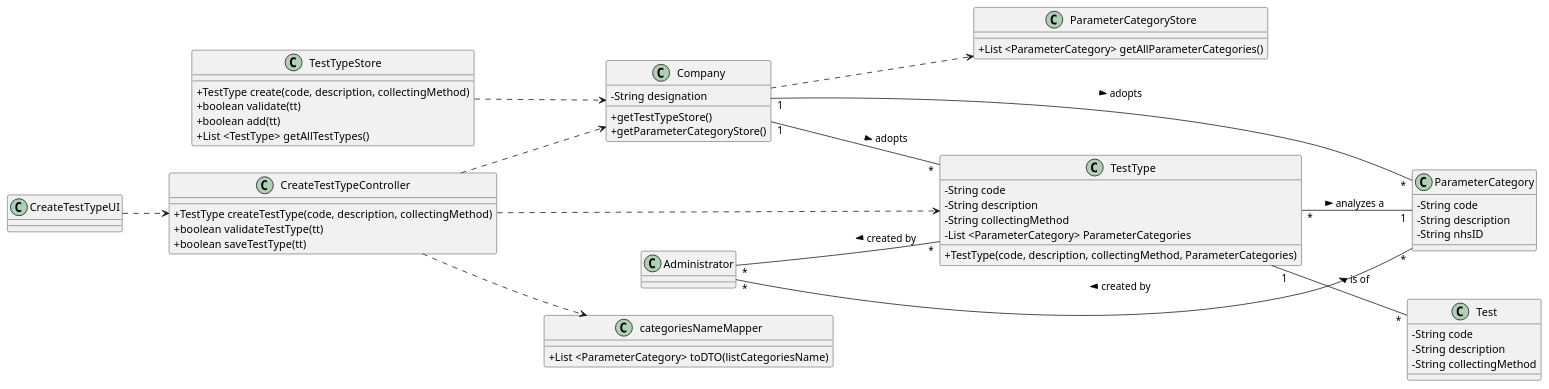
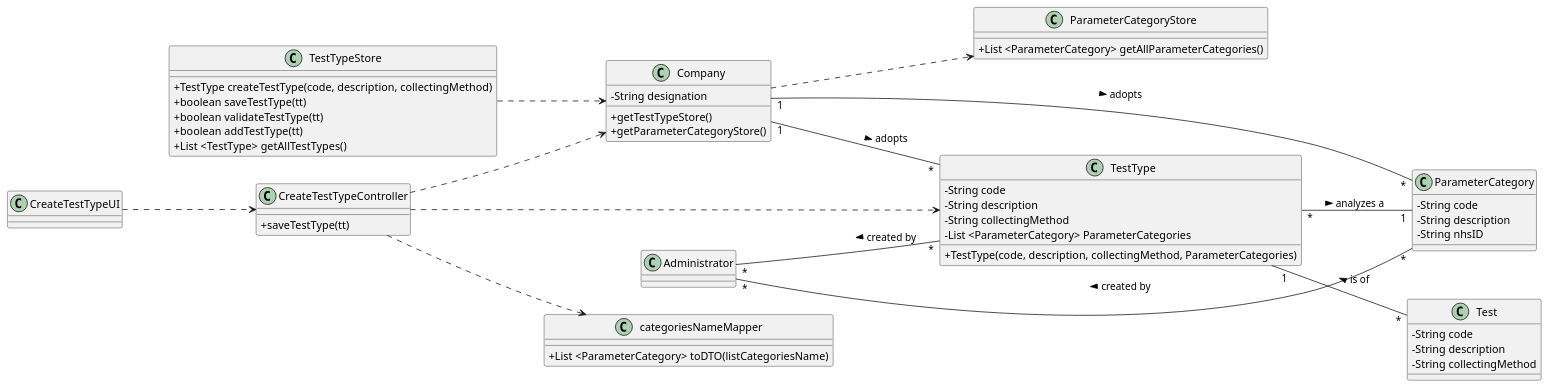
The diagram in docs/SprintB/US09/US09-CD.puml (0franciscor/lei-21-s2-1de-g19), drawn with PlantUML before and after one commit. The commit also changed 3 other files, not shown here.

```diff
--- a/docs/SprintB/US09/US09-CD.puml
+++ b/docs/SprintB/US09/US09-CD.puml
@@ -1,79 +1,78 @@
 @startuml
 skinparam classAttributeIconSize 0
 left to right direction
 
 class "Company" as C {
 -String designation
 +getTestTypeStore()
 +getParameterCategoryStore()
 }
 
 class "categoriesNameMapper" as cNM {
 +List <ParameterCategory> toDTO(listCategoriesName)
 }
 
 class "TestTypeStore" as TTS{
-+TestType create(code, description, collectingMethod)
-+boolean validate(tt)
-+boolean add(tt)
++TestType createTestType(code, description, collectingMethod)
++boolean saveTestType(tt)
++boolean validateTestType(tt)
++boolean addTestType(tt)
 +List <TestType> getAllTestTypes()
 }
 
 class "ParameterCategoryStore" as PCS{
 +List <ParameterCategory> getAllParameterCategories()
 }
 
 class "TestType" as TT {
 -String code
 -String description
 -String collectingMethod
 -List <ParameterCategory> ParameterCategories
 +TestType(code, description, collectingMethod, ParameterCategories)
 }
 
 class "CreateTestTypeController" as CTTC {
-+TestType createTestType(code, description, collectingMethod)
-+boolean validateTestType(tt)
-+boolean saveTestType(tt)
++saveTestType(tt)
 }
 
 class "Test" as T{
 -String code
 -String description
 -String collectingMethod
 }
 
 class "ParameterCategory" as PC{
 -String code
 -String description
 -String nhsID
 }
 
 class "CreateTestTypeUI" as CTTUI
 class "TestType" as TT
 class "CreateTestTypeController" as CTTC
 class "Administrator" as admin
 
 CTTUI ..> CTTC
 
 C ..> PCS
 
 TTS ..> C
 
 CTTC ..> TT
 CTTC ..> C
 CTTC ..> cNM
 
 
 TT "1" -- "*" T: < is of
 TT "*" -- "1" PC : > analyzes a
 
 C "1" -- "*" TT : > adopts
 C "1" -- "*" PC : > adopts
 
 admin "*" -- "*" PC : < created by
 
 admin "*" -- "*" TT : < created by
 
 
 @enduml
```
